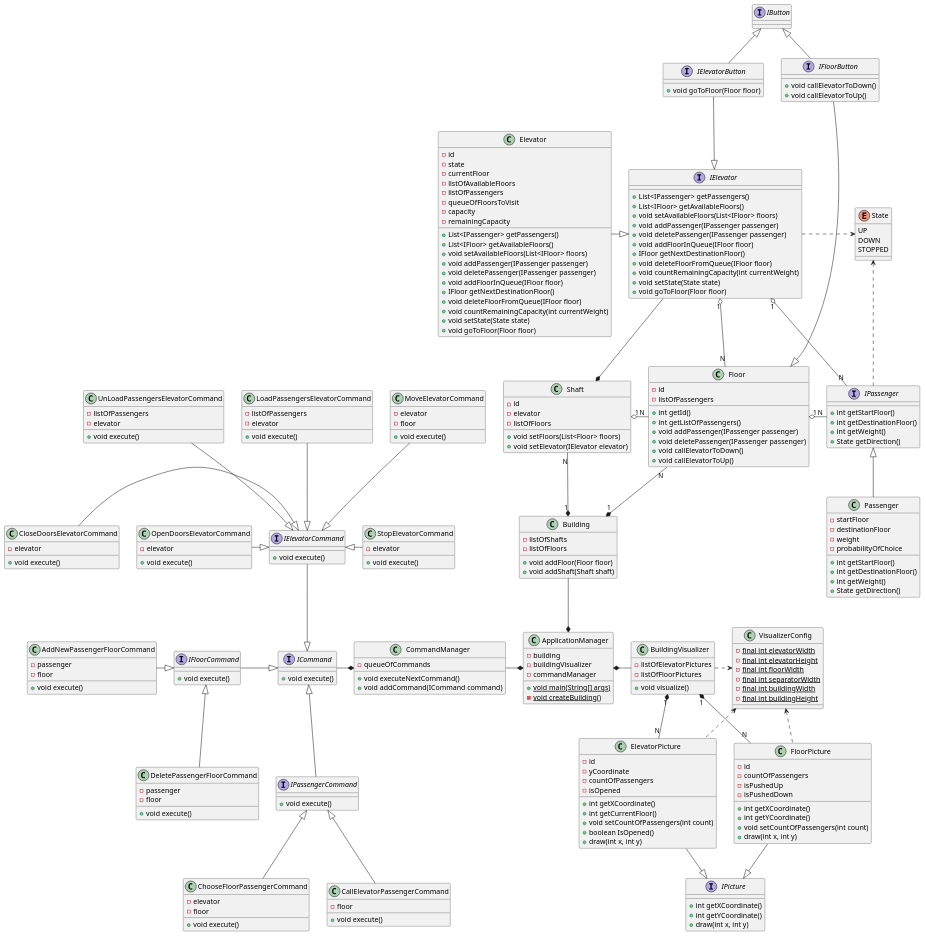
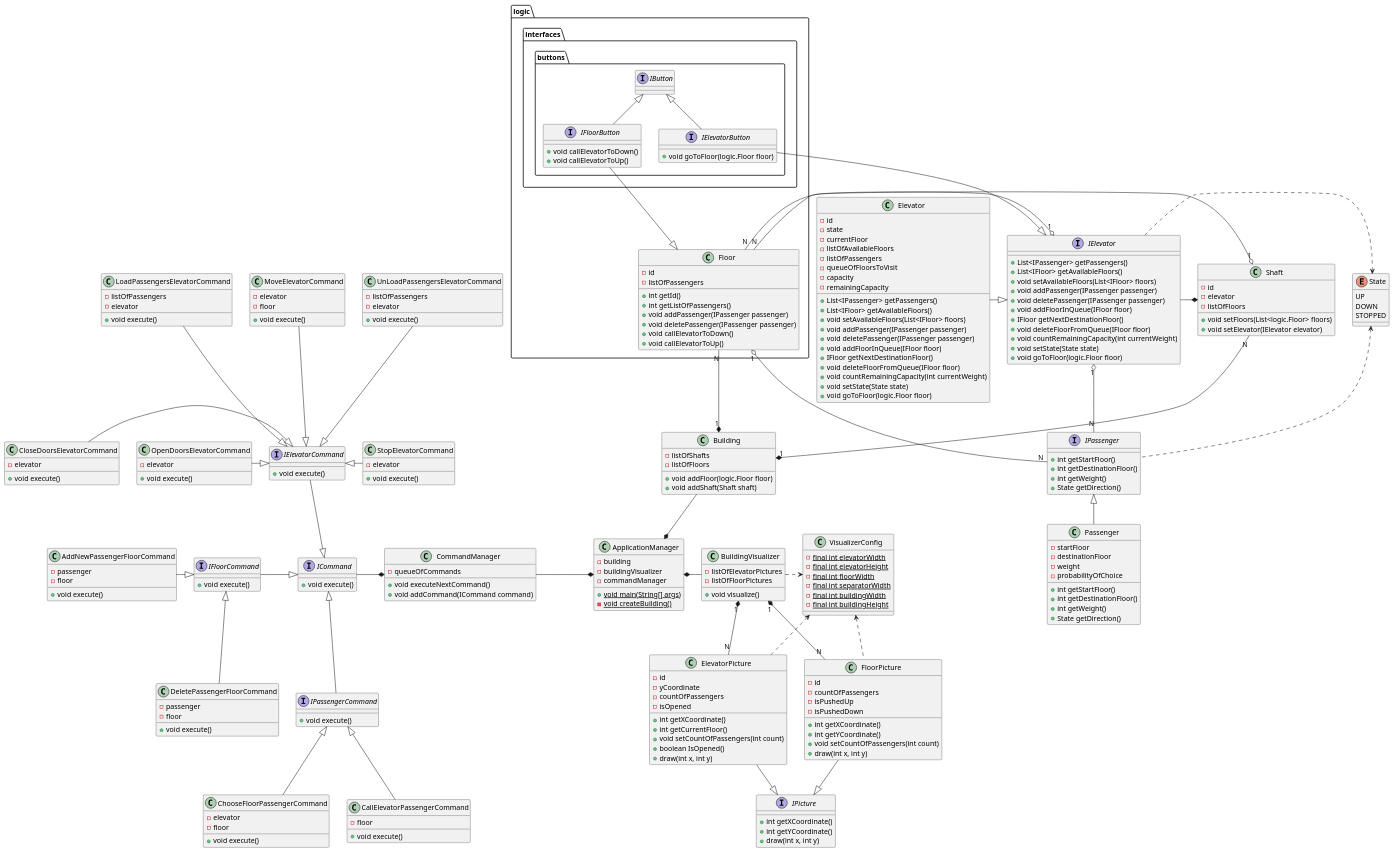
One commit to TraningCenter/javaPractice2017 changed the diagram in docs/ElevatorClassDiagram (v2).puml. Above: the diagram before and after it, drawn with PlantUML. The commit also changed 19 other files, not shown here.

```diff
--- a/docs/ElevatorClassDiagram (v2).puml
+++ b/docs/ElevatorClassDiagram (v2).puml
@@ -3,21 +3,21 @@
 ApplicationManager *-right- BuildingVisualizer
 ApplicationManager *-left- CommandManager
 
-Building "1" *-up- "N" Floor
+Building "1" *-up- "N" logic.Floor
 Building "1" *-up- "N" Shaft
 Shaft *-left- IElevator
-Shaft "1" o-right- "N" Floor
-Floor "1" o-right- "N" IPassenger
-Floor <|-up- IFloorButton
+Shaft "1" o-right- "N" logic.Floor
+logic.Floor "1" o-right- "N" IPassenger
+logic.Floor <|-up- logic.interfaces.buttons.IFloorButton
 IElevator "1" o-right- "N" IPassenger
-IElevator "1" o-- "N" Floor
+IElevator "1" o-- "N" logic.Floor
 IElevator .right.> State
 IPassenger .up.> State
 IPassenger <|-down- Passenger
 IElevator <|-left- Elevator
-IButton <|-- IFloorButton
-IButton <|-down- IElevatorButton
-IElevator <|-up- IElevatorButton
+logic.interfaces.buttons.IButton <|-- logic.interfaces.buttons.IFloorButton
+logic.interfaces.buttons.IButton <|-down- logic.interfaces.buttons.IElevatorButton
+IElevator <|-up- logic.interfaces.buttons.IElevatorButton
 
 BuildingVisualizer .right.> VisualizerConfig
 BuildingVisualizer "1" *-- "N" ElevatorPicture
@@ -62,7 +62,7 @@
 }
 
 
-Class Floor {
+Class logic.Floor {
 - id
 - listOfPassengers
 + int getId()
@@ -76,7 +76,7 @@
 Class Building {
 - listOfShafts
 - listOfFloors
-+ void addFloor(Floor floor)
++ void addFloor(logic.Floor floor)
 + void addShaft(Shaft shaft)
 }
 
@@ -91,7 +91,7 @@
 + void deleteFloorFromQueue(IFloor floor)
 + void countRemainingCapacity(int currentWeight)
 + void setState(State state)
-+ void goToFloor(Floor floor)
++ void goToFloor(logic.Floor floor)
 }
 
 Class Elevator {
@@ -113,27 +113,27 @@
 + void deleteFloorFromQueue(IFloor floor)
 + void countRemainingCapacity(int currentWeight)
 + void setState(State state)
-+ void goToFloor(Floor floor)
++ void goToFloor(logic.Floor floor)
 }
 
 class Shaft{
 - id
 - elevator
 - listOfFloors
-+ void setFloors(List<Floor> floors)
++ void setFloors(List<logic.Floor> floors)
 + void setElevator(IElevator elevator) 
 }
 
-interface IButton {
+interface logic.interfaces.buttons.IButton {
 }
 
-interface IFloorButton {
+interface logic.interfaces.buttons.IFloorButton {
 + void callElevatorToDown()
 + void callElevatorToUp()
 }
 
-interface IElevatorButton {
-+ void goToFloor(Floor floor)
+interface logic.interfaces.buttons.IElevatorButton {
++ void goToFloor(logic.Floor floor)
 }
 
 Class ApplicationManager {
```
